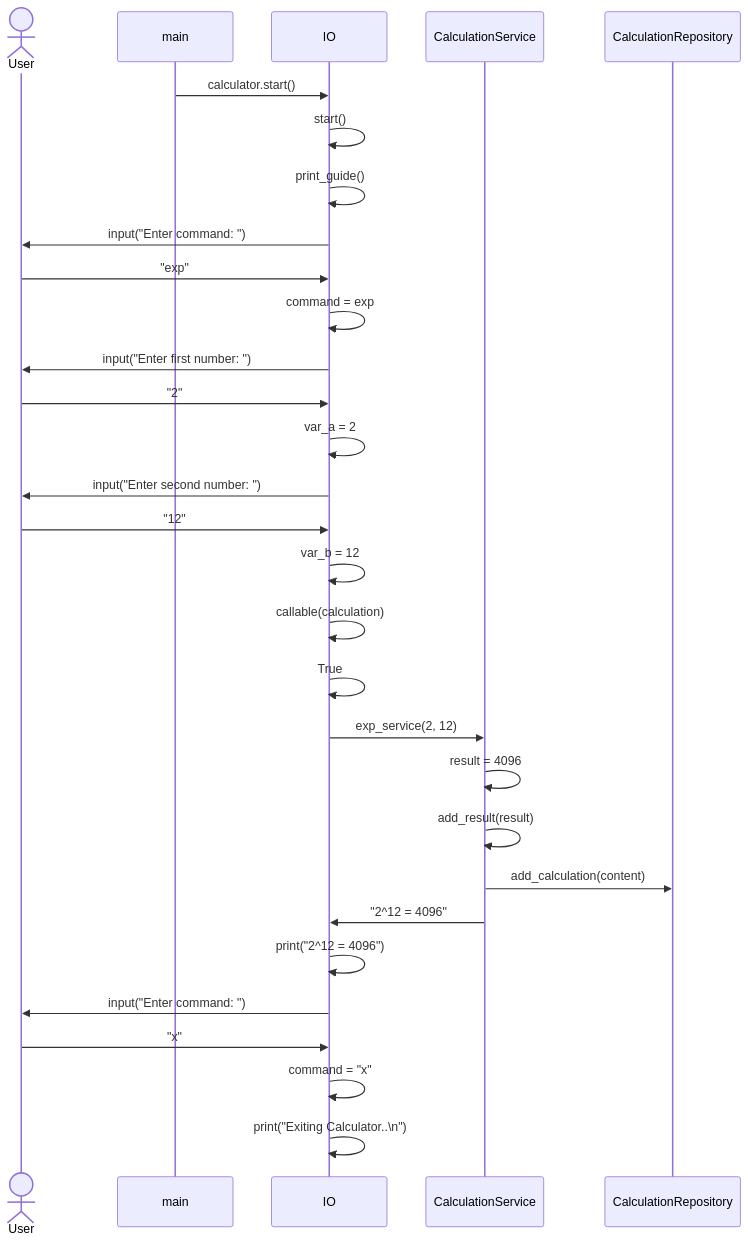
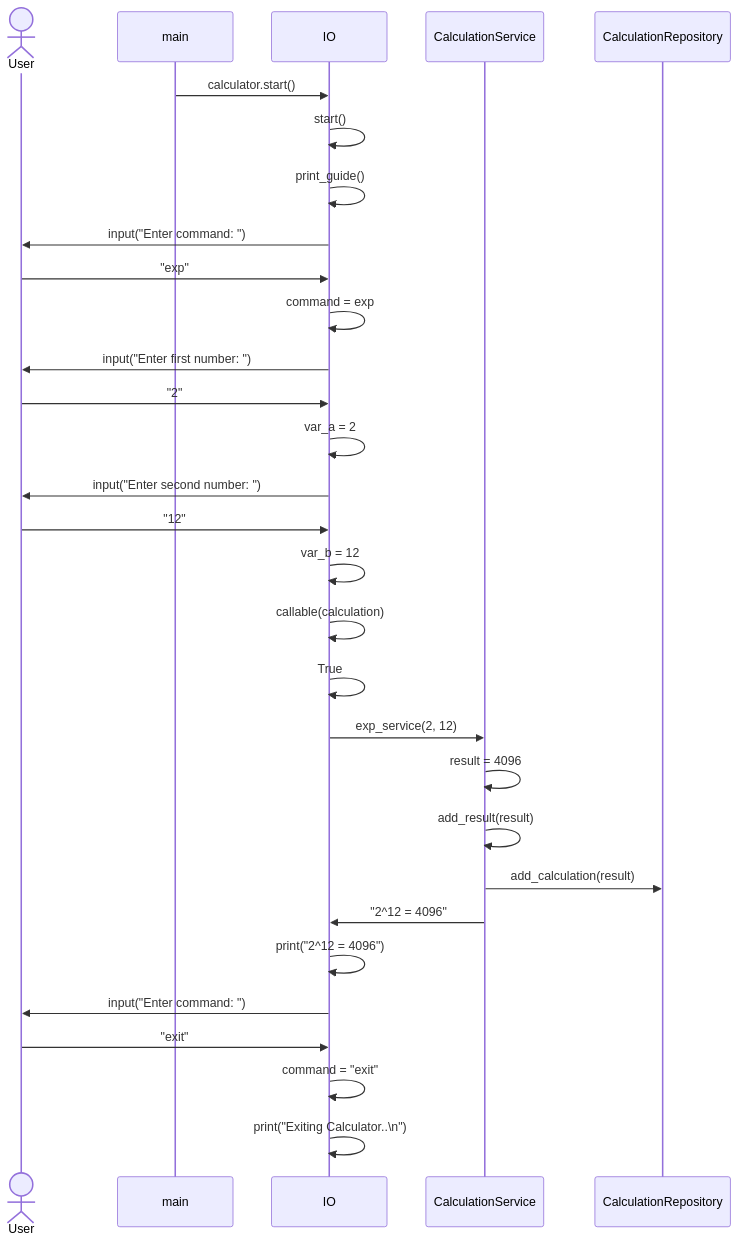
Before and after one commit to n0spoon/ot-harjoitustyo: the second of 2 diagrams in dokumentaatio/arkkitehtuuri.md, drawn with Mermaid. The commit also changed other lines of this file, not shown here.

````diff
--- a/dokumentaatio/arkkitehtuuri.md
+++ b/dokumentaatio/arkkitehtuuri.md
@@ -59,28 +59,28 @@
 ```mermaid
  sequenceDiagram
      actor User
      main->>IO: calculator.start()
      IO->>IO: start()
      IO->>IO: print_guide()
      IO->>User: input("Enter command: ")
      User->>IO: "exp"
      IO->>IO: command = exp
      IO->>User: input("Enter first number: ")
      User->>IO: "2"
      IO->>IO: var_a = 2
      IO->>User: input("Enter second number: ")
      User->>IO: "12"
      IO->>IO: var_b = 12
      IO->>IO: callable(calculation)
      IO->>IO: True
      IO->>CalculationService: exp_service(2, 12)
      CalculationService->>CalculationService: result = 4096
      CalculationService->>CalculationService: add_result(result)
-     CalculationService->>CalculationRepository: add_calculation(content) 
+     CalculationService->>CalculationRepository: add_calculation(result) 
      CalculationService->>IO: "2^12 = 4096"
      IO->>IO: print("2^12 = 4096")
      IO->>User: input("Enter command: ")
-     User->>IO: "x"
-     IO->>IO: command = "x"
+     User->>IO: "exit"
+     IO->>IO: command = "exit"
      IO->>IO: print("Exiting Calculator..\n")
 ```
````
